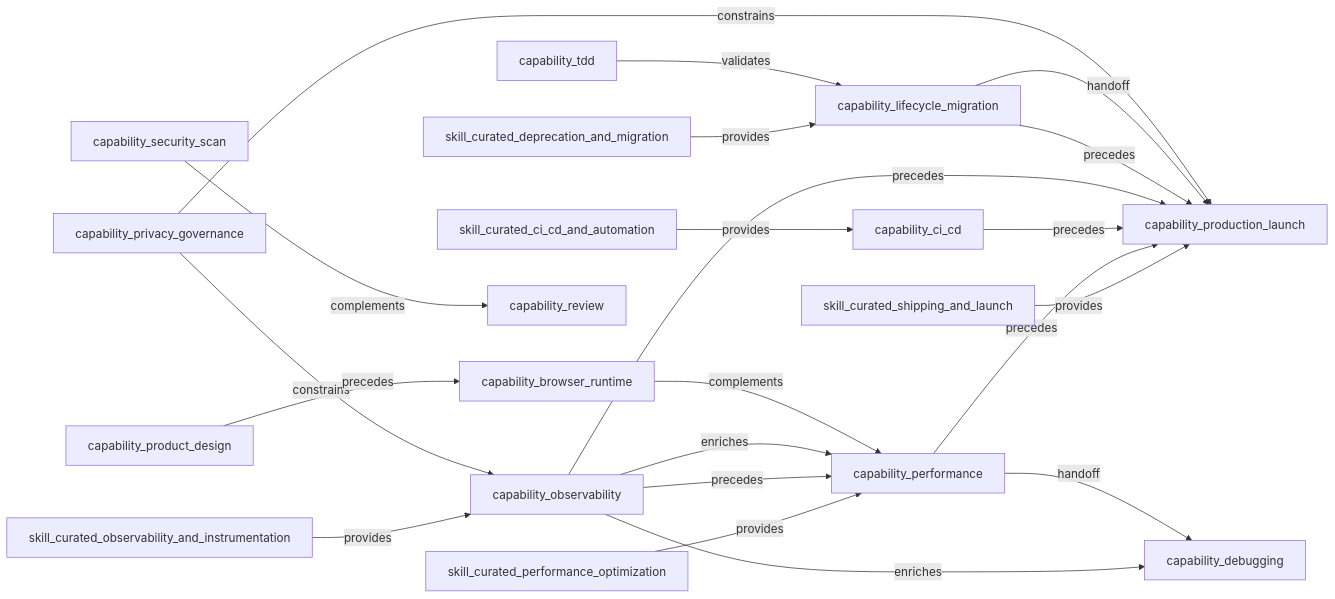
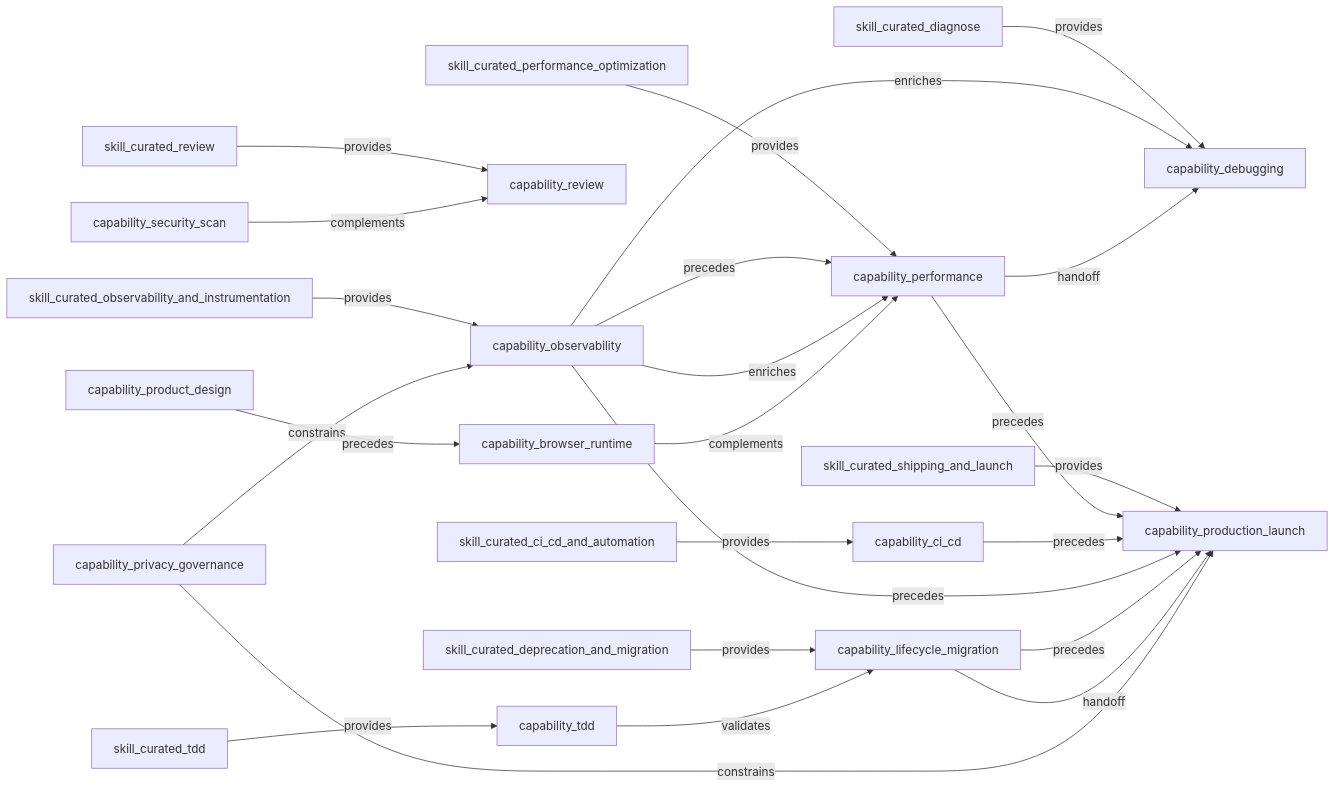
Before and after one commit to yiheng8023/agent-skills-curated: the diagram in generated/topology.mmd, drawn with Mermaid. The commit also changed 31 other files, not shown here.

```diff
--- a/generated/topology.mmd
+++ b/generated/topology.mmd
@@ -1,21 +1,24 @@
 flowchart LR
+  skill_curated_tdd -- provides --> capability_tdd
+  skill_curated_diagnose -- provides --> capability_debugging
+  skill_curated_review -- provides --> capability_review
   skill_curated_ci_cd_and_automation -- provides --> capability_ci_cd
   skill_curated_deprecation_and_migration -- provides --> capability_lifecycle_migration
   skill_curated_observability_and_instrumentation -- provides --> capability_observability
   skill_curated_performance_optimization -- provides --> capability_performance
   skill_curated_shipping_and_launch -- provides --> capability_production_launch
   capability_observability -- precedes --> capability_performance
   capability_performance -- precedes --> capability_production_launch
   capability_ci_cd -- precedes --> capability_production_launch
   capability_observability -- precedes --> capability_production_launch
   capability_lifecycle_migration -- precedes --> capability_production_launch
   capability_observability -- enriches --> capability_debugging
   capability_observability -- enriches --> capability_performance
   capability_performance -- handoff --> capability_debugging
   capability_lifecycle_migration -- handoff --> capability_production_launch
   capability_security_scan -- complements --> capability_review
   capability_privacy_governance -- constrains --> capability_observability
   capability_privacy_governance -- constrains --> capability_production_launch
   capability_browser_runtime -- complements --> capability_performance
   capability_product_design -- precedes --> capability_browser_runtime
   capability_tdd -- validates --> capability_lifecycle_migration
```
